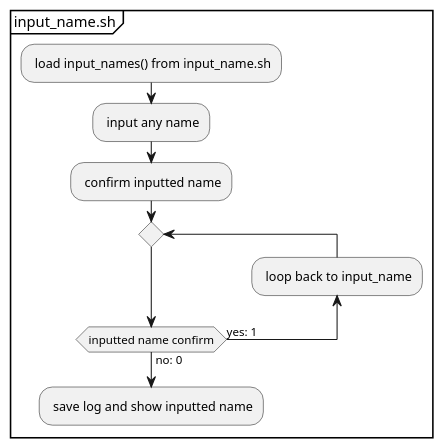
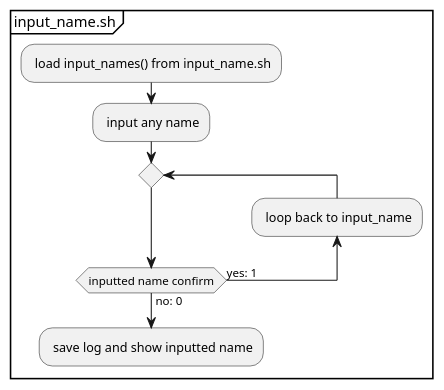
The diagram in docs/main-script-flow_activity/input-name_process.puml (Jumacde/shellscript_loadname), drawn with PlantUML before and after one commit. The commit also changed 1 other file, not shown here.

Commit message:
edit input name process of the activity-diagram

```diff
--- a/docs/main-script-flow_activity/input-name_process.puml
+++ b/docs/main-script-flow_activity/input-name_process.puml
@@ -1,10 +1,8 @@
 partition input_name.sh {
 	: load input_names() from input_name.sh;
 	: input any name;
-	: confirm inputted name;
-	
 	repeat
 	backward: loop back to input_name;
 	repeat while(inputted name confirm) is (yes: 1) not (no: 0);
 	: save log and show inputted name;
 }
```
